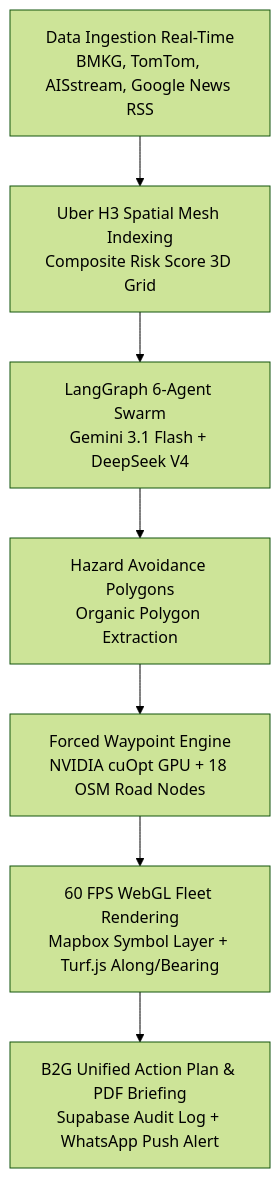
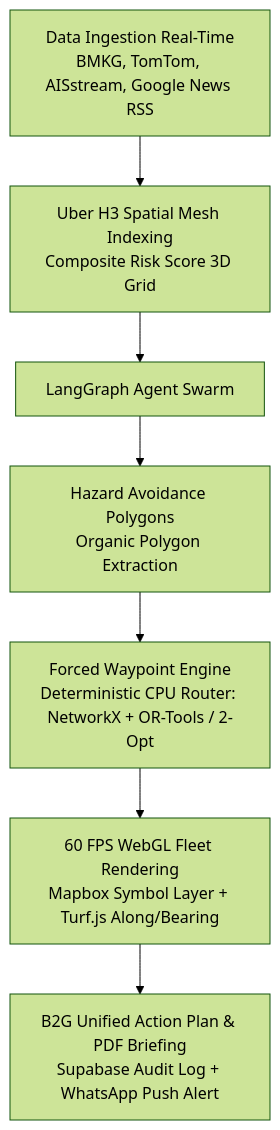
Before and after one commit to Zhav1/peta-nadi: the diagram in DEMO_SCRIPT_90S.md, drawn with Mermaid (forest theme). The commit also changed other lines of this file and 30 other files, not shown here.

````diff
--- a/DEMO_SCRIPT_90S.md
+++ b/DEMO_SCRIPT_90S.md
@@ -72,9 +72,9 @@
 ```mermaid
 graph TD
     A[Data Ingestion Real-Time<br/>BMKG, TomTom, AISstream, Google News RSS] --> B[Uber H3 Spatial Mesh Indexing<br/>Composite Risk Score 3D Grid]
-    B --> C[LangGraph 6-Agent Swarm<br/>Gemini 3.1 Flash + DeepSeek V4]
+    B --> C[LangGraph Agent Swarm]
     C --> D[Hazard Avoidance Polygons<br/>Organic Polygon Extraction]
-    D --> E[Forced Waypoint Engine<br/>NVIDIA cuOpt GPU + 18 OSM Road Nodes]
+    D --> E[Forced Waypoint Engine<br/>Deterministic CPU Router: NetworkX + OR-Tools / 2-Opt]
     E --> F[60 FPS WebGL Fleet Rendering<br/>Mapbox Symbol Layer + Turf.js Along/Bearing]
     F --> G[B2G Unified Action Plan & PDF Briefing<br/>Supabase Audit Log + WhatsApp Push Alert]
 ```
````
